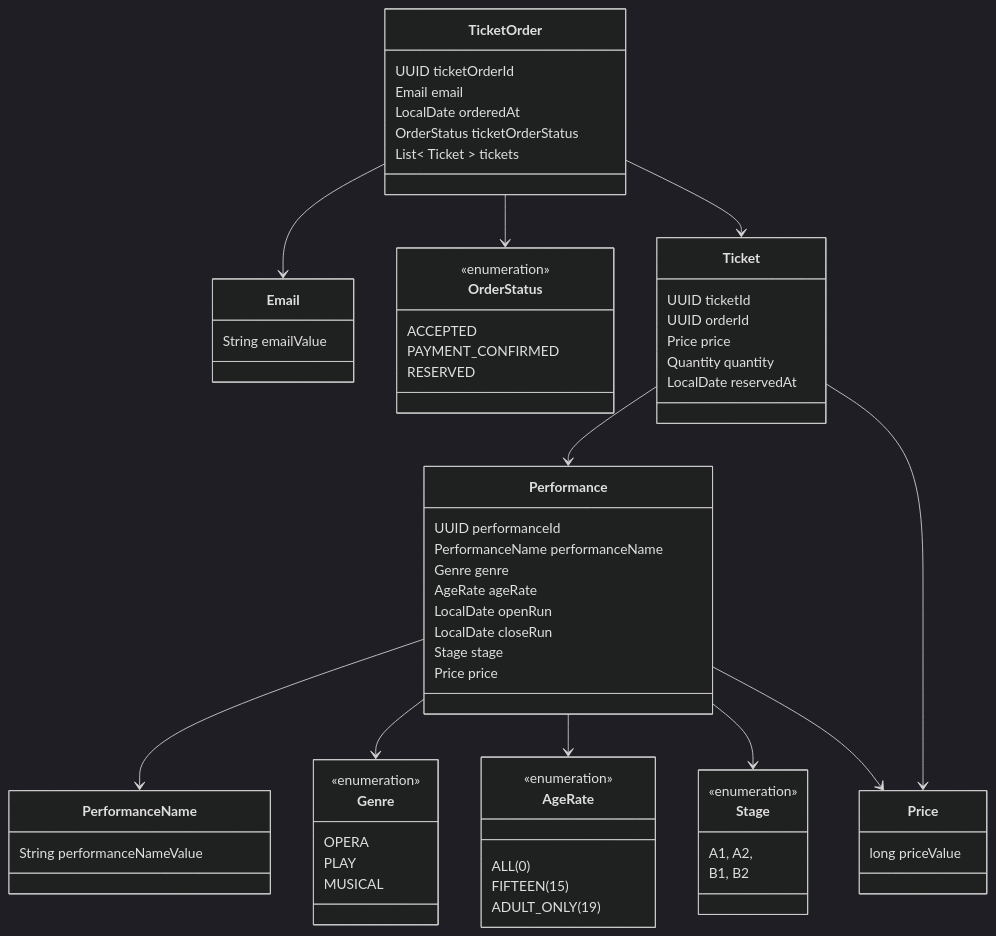
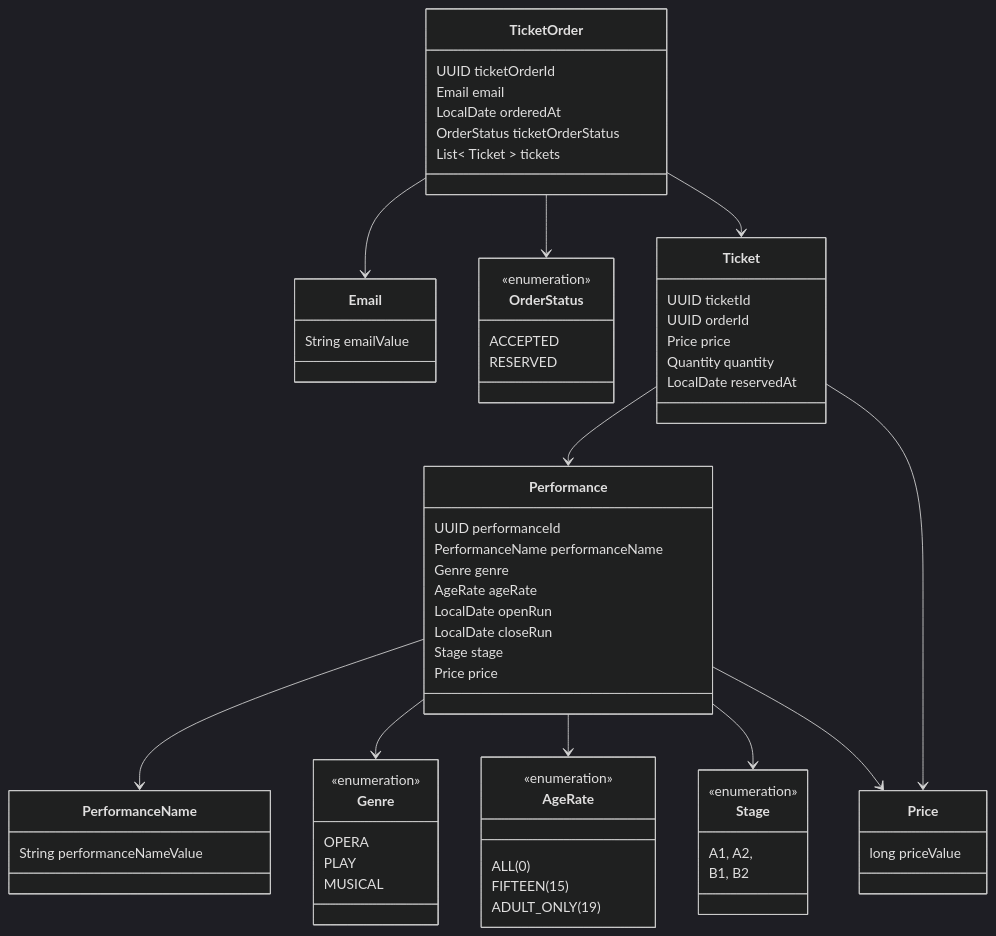
The diagram in summary/domain_relation.mermaid (SY97P/Theatre_Manager_SpringBoot), drawn with Mermaid (dark theme) before and after one commit. The commit also changed 21 other files, not shown here.

```diff
--- a/summary/domain_relation.mermaid
+++ b/summary/domain_relation.mermaid
@@ -1,83 +1,82 @@
 classDiagram
 
     %% domain TicketOrder
     class TicketOrder {
         UUID ticketOrderId
         Email email
         LocalDate orderedAt
         OrderStatus ticketOrderStatus
         List< Ticket > tickets
     }
 
     class Email {
         String emailValue
     }
 
     class OrderStatus {
         <<enumeration>>
         ACCEPTED
-        PAYMENT_CONFIRMED
         RESERVED
     }
 
     TicketOrder --> Email
     TicketOrder --> OrderStatus
     TicketOrder --> Ticket
     Ticket --> Performance
 
     %% domain Ticket
     class Ticket {
         UUID ticketId
         UUID orderId
         Price price
         Quantity quantity
         LocalDate reservedAt
     }
 
     Ticket --> Price
 
     %% domain Performance
     class Performance {
         UUID performanceId
         PerformanceName performanceName
         Genre genre
         AgeRate ageRate
         LocalDate openRun
         LocalDate closeRun
         Stage stage
         Price price
     }
 
     class PerformanceName {
         String performanceNameValue
     }
 
     class Genre {
         <<enumeration>>
         OPERA
         PLAY
         MUSICAL
     }
 
     class AgeRate {
         <<enumeration>>
         ALL(0)
         FIFTEEN(15)
         ADULT_ONLY(19)
     }
 
     class Stage {
         <<enumeration>>
         A1, A2,
         B1, B2
     }
 
     class Price {
         long priceValue
     }
 
     Performance --> PerformanceName
     Performance --> Genre
     Performance --> AgeRate
     Performance --> Stage
     Performance --> Price
```
